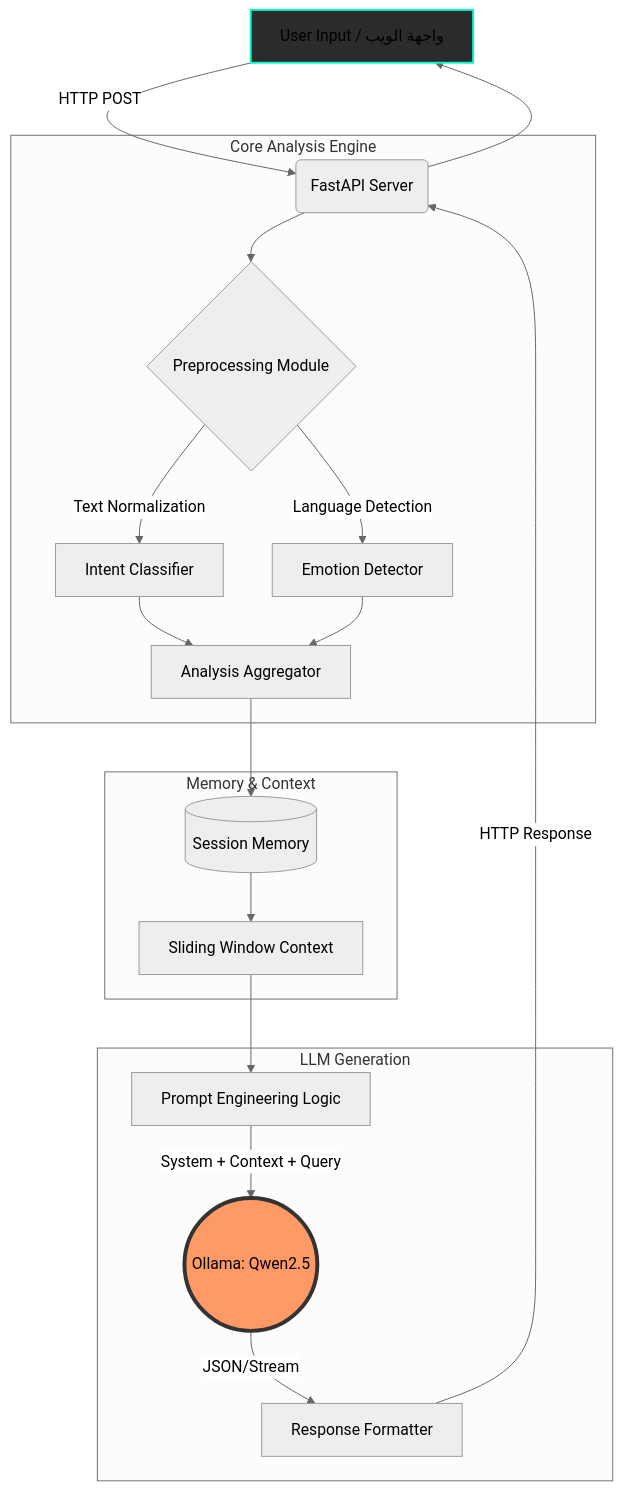
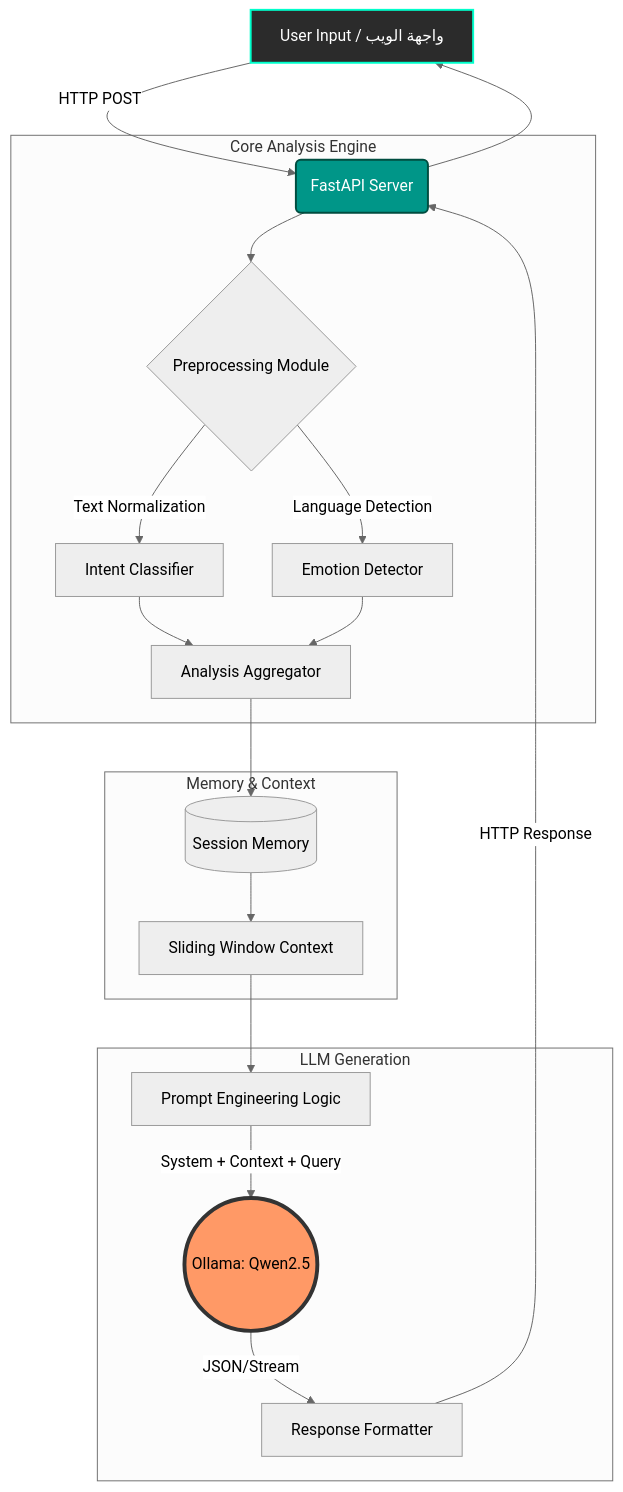
One commit to ABDESSAMAD-BOURKIBATE/Human-Insight-AI changed the diagram in README.md. Above: the diagram before and after it, drawn with Mermaid (neutral theme). The commit also changed other lines of this file, not shown here.

````diff
--- a/README.md
+++ b/README.md
@@ -112,29 +88,30 @@
 ```mermaid
 graph TD
     A[User Input / واجهة الويب] -->|HTTP POST| B(FastAPI Server)
     
     subgraph Core Analysis Engine
         B --> C{Preprocessing Module}
         C -->|Text Normalization| D[Intent Classifier]
         C -->|Language Detection| E[Emotion Detector]
         D --> F[Analysis Aggregator]
         E --> F
     end
 
     subgraph Memory & Context
         F --> G[(Session Memory)]
         G --> H[Sliding Window Context]
     end
 
     subgraph LLM Generation
         H --> I[Prompt Engineering Logic]
         I -->|System + Context + Query| J((Ollama: Qwen2.5))
         J -->|JSON/Stream| K[Response Formatter]
     end
 
     K -->|HTTP Response| B
     B --> A
     
-    style A fill:#2b2b2b,stroke:#00ffcc,stroke-width:2px;
-    style J fill:#f96,stroke:#333,stroke-width:4px;
+    style A fill:#2b2b2b,stroke:#00ffcc,stroke-width:2px,color:#fff;
+    style B fill:#009688,stroke:#004d40,stroke-width:2px,color:#fff;
+    style J fill:#f96,stroke:#333,stroke-width:4px,color:#000;
 ```
````
